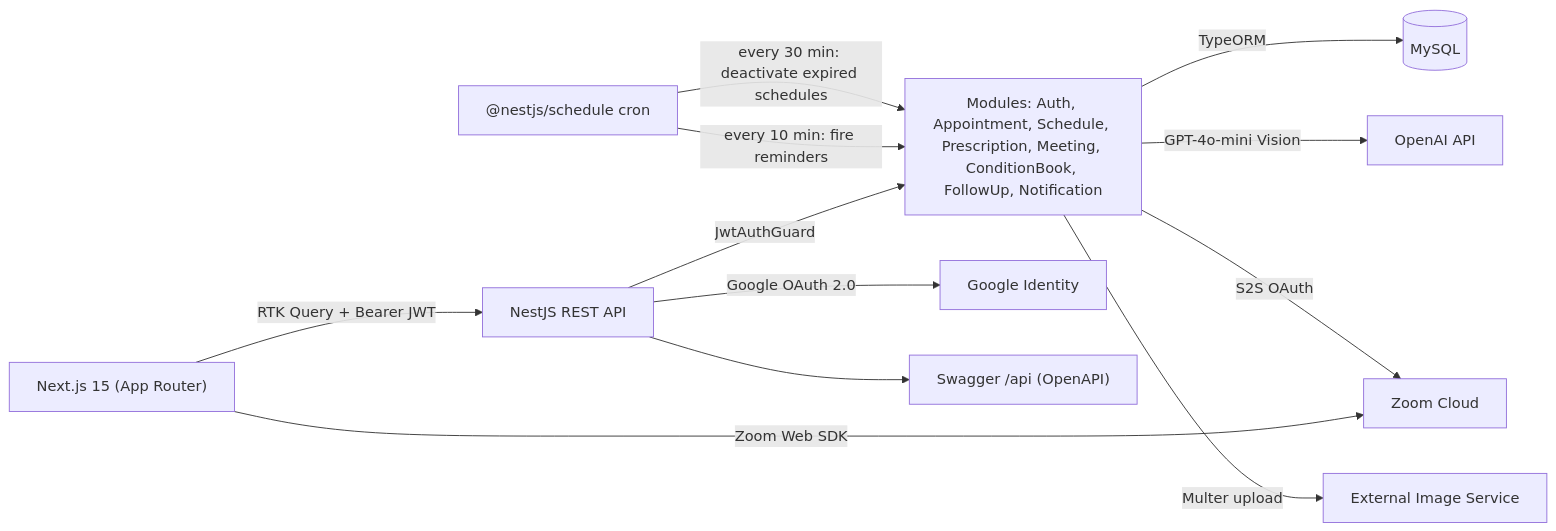
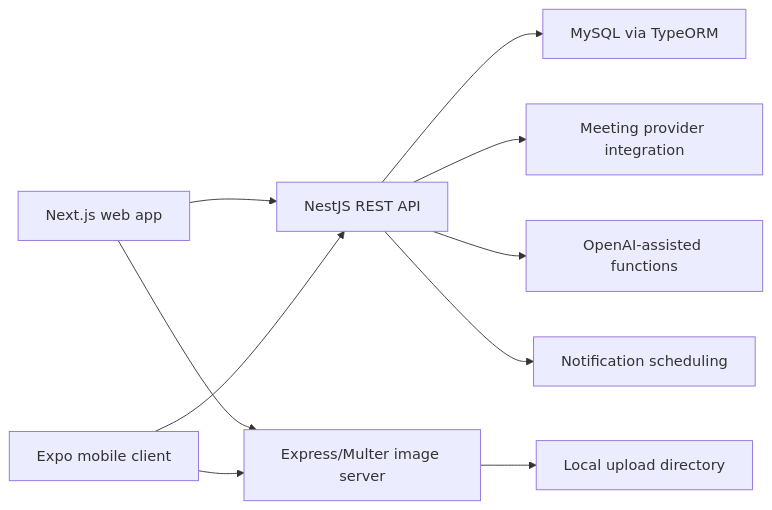
One commit to ifham-mohamed/ifham.dev changed the first of 2 diagrams in docs/projects/pharmaconnect.md. Above: the diagram before and after it, drawn with Mermaid. The commit also changed other lines of this file and 17 other files, not shown here.

````diff
--- a/docs/projects/pharmaconnect.md
+++ b/docs/projects/pharmaconnect.md
@@ -59,14 +58,12 @@
 ```mermaid
 flowchart LR
-  A["Next.js 15 (App Router)"] -->|"RTK Query + Bearer JWT"| B["NestJS REST API"]
-  A -->|"Zoom Web SDK"| Z["Zoom Cloud"]
-  B -->|"JwtAuthGuard"| M["Modules: Auth, Appointment, Schedule, Prescription, Meeting, ConditionBook, FollowUp, Notification"]
-  M -->|"TypeORM"| D[("MySQL")]
-  M -->|"GPT-4o-mini Vision"| O["OpenAI API"]
-  M -->|"S2S OAuth"| Z
-  M -->|"Multer upload"| I["External Image Service"]
-  B -->|"Google OAuth 2.0"| G["Google Identity"]
-  S["@nestjs/schedule cron"] -->|"every 10 min: fire reminders"| M
-  S -->|"every 30 min: deactivate expired schedules"| M
-  B --> SW["Swagger /api (OpenAPI)"]
+    W["Next.js web app"] --> API["NestJS REST API"]
+    M["Expo mobile client"] --> API
+    API --> MY["MySQL via TypeORM"]
+    API --> Z["Meeting provider integration"]
+    API --> AI["OpenAI-assisted functions"]
+    API --> N["Notification scheduling"]
+    W --> IMG["Express/Multer image server"]
+    M --> IMG
+    IMG --> DISK["Local upload directory"]
 ```
````
